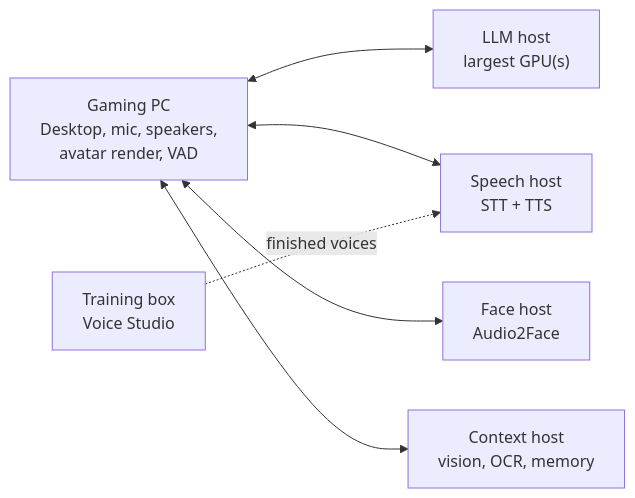
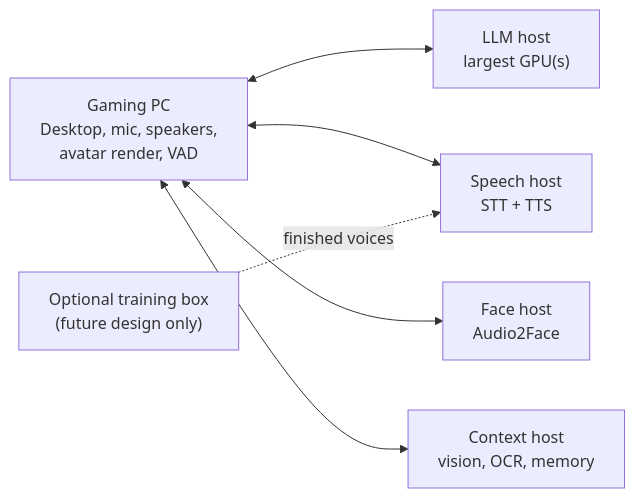
One commit to throndir2/Martlet changed the second of 2 diagrams in docs/RECOMMENDED_SETUPS.md. Above: the diagram before and after it, drawn with Mermaid. The commit also changed other lines of this file and 51 other files, not shown here.

````diff
--- a/docs/RECOMMENDED_SETUPS.md
+++ b/docs/RECOMMENDED_SETUPS.md
@@ -285,14 +285,14 @@
 ```mermaid
 flowchart LR
     PC["Gaming PC<br/>Desktop, mic, speakers,<br/>avatar render, VAD"]
     LLM["LLM host<br/>largest GPU(s)"]
     Speech["Speech host<br/>STT + TTS"]
     Face["Face host<br/>Audio2Face"]
     Context["Context host<br/>vision, OCR, memory"]
-    Train["Training box<br/>Voice Studio"]
+    Train["Optional training box<br/>(future design only)"]
     PC <--> LLM
     PC <--> Speech
     PC <--> Face
     PC <--> Context
     Train -. "finished voices" .-> Speech
 ```
````
